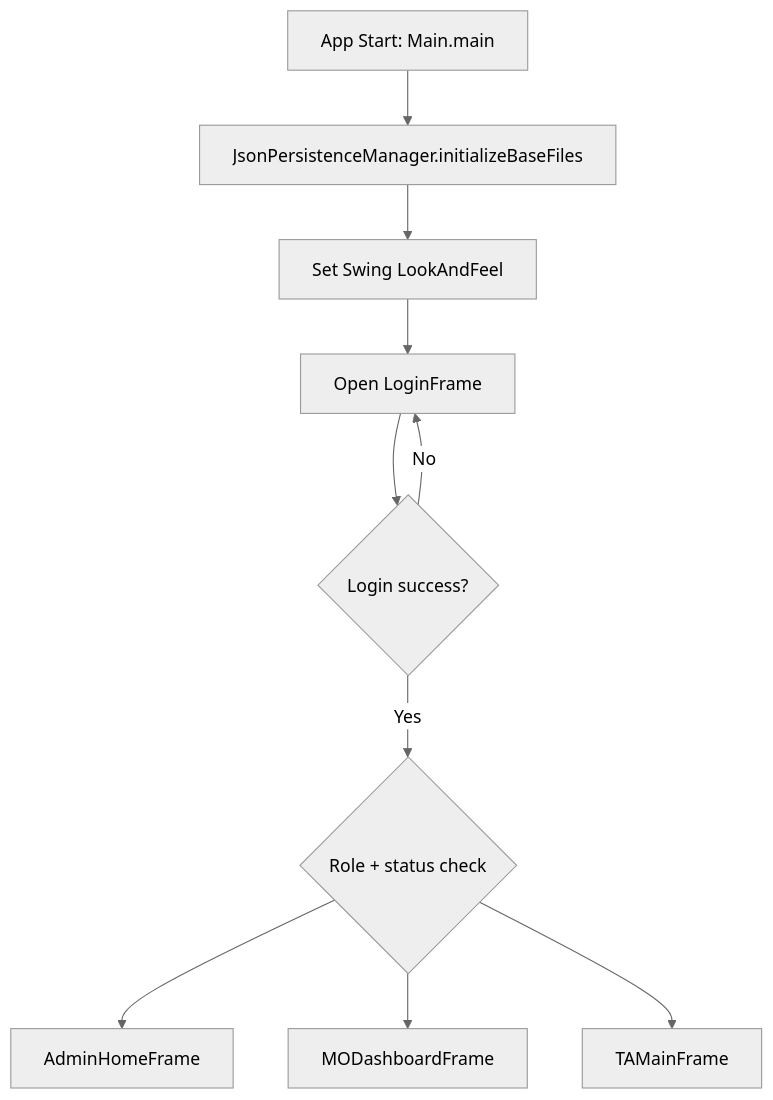
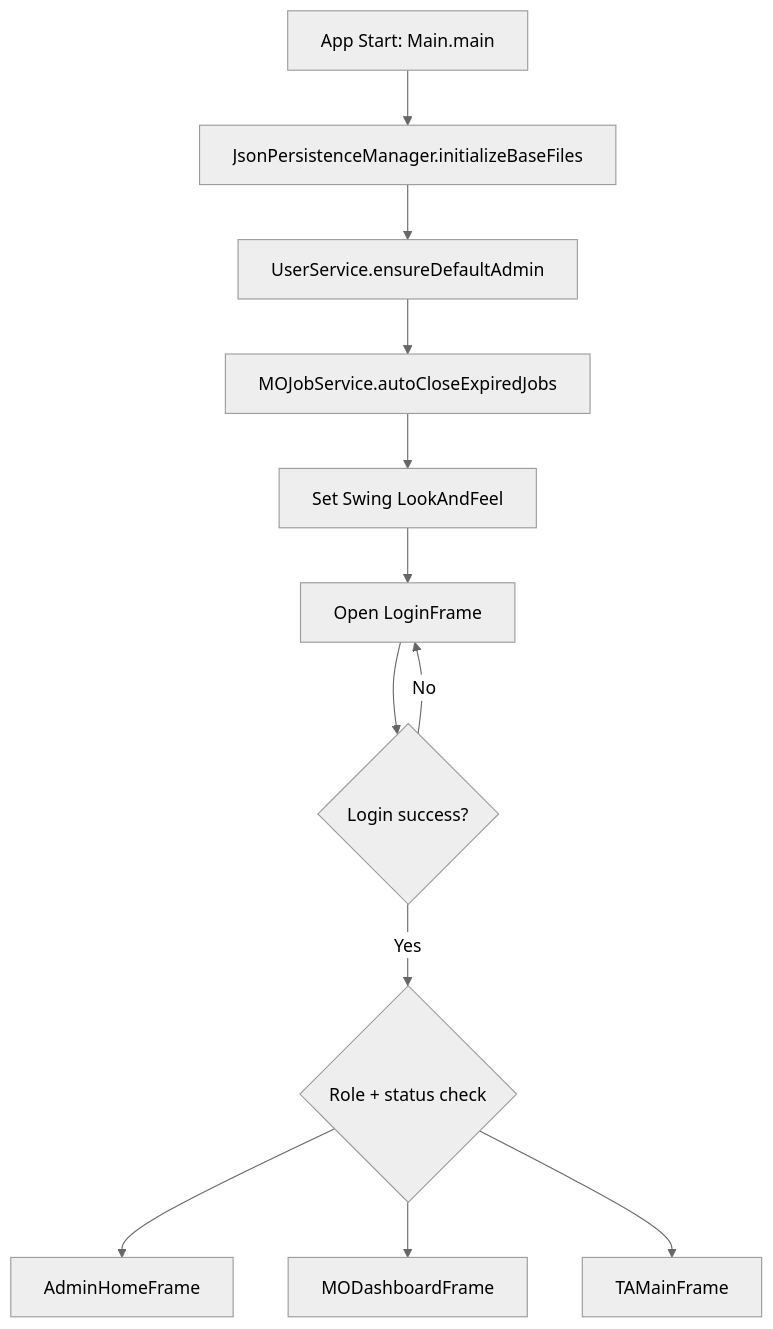
The second of 8 diagrams in docs/Project-Architecture-and-RunLogic.md (Jane-qm/EBU6304-Group85-TA-Recruitment), drawn with Mermaid (neutral theme) before and after one commit. The commit also changed other lines of this file and 1 other file, not shown here.

````diff
--- a/docs/Project-Architecture-and-RunLogic.md
+++ b/docs/Project-Architecture-and-RunLogic.md
@@ -44,12 +55,14 @@
 ```mermaid
 flowchart TD
     A[App Start: Main.main] --> B[JsonPersistenceManager.initializeBaseFiles]
-    B --> C[Set Swing LookAndFeel]
-    C --> D[Open LoginFrame]
-    D --> E{Login success?}
-    E -- No --> D
-    E -- Yes --> F{Role + status check}
-    F --> G[AdminHomeFrame]
-    F --> H[MODashboardFrame]
-    F --> I[TAMainFrame]
+    B --> C[UserService.ensureDefaultAdmin]
+    C --> D[MOJobService.autoCloseExpiredJobs]
+    D --> E[Set Swing LookAndFeel]
+    E --> F[Open LoginFrame]
+    F --> G{Login success?}
+    G -- No --> F
+    G -- Yes --> H{Role + status check}
+    H --> I[AdminHomeFrame]
+    H --> J[MODashboardFrame]
+    H --> K[TAMainFrame]
 ```
````
